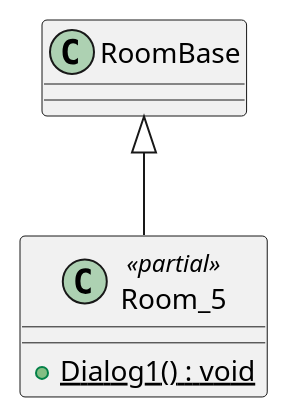
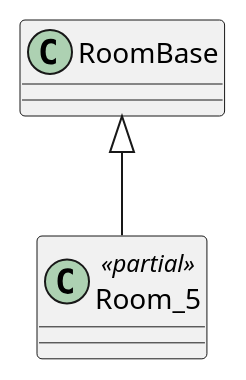
One commit to AlbinWalleniusWoxnerud/Prog2 changed the diagram in project/plantuml/docs/out/Rooms/Room5/Room5Dialog.puml. Above: the diagram before and after it, drawn with PlantUML. The commit also changed 55 other files, not shown here.

```diff
--- a/project/plantuml/docs/out/Rooms/Room5/Room5Dialog.puml
+++ b/project/plantuml/docs/out/Rooms/Room5/Room5Dialog.puml
@@ -1,6 +1,5 @@
 @startuml
 class Room_5 <<partial>> {
-    + {static} Dialog1() : void
 }
 RoomBase <|-- Room_5
 @enduml
```
